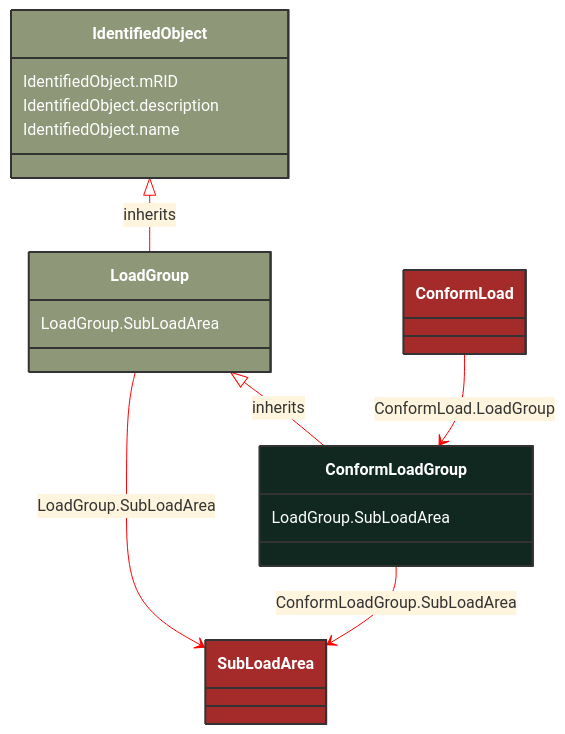
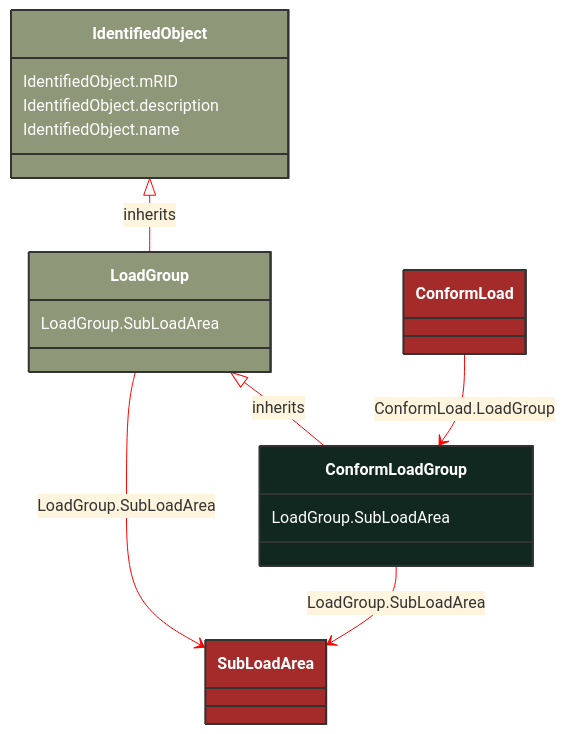
Before and after one commit to 3lbits/NoCIMExtensions: the diagram in docs/Models/Profiles/Telemark-120Equipment/ConcreteClasses/ConformLoadGroup.md, drawn with Mermaid. The commit also changed 248 other files, not shown here.

````diff
--- a/docs/Models/Profiles/Telemark-120Equipment/ConcreteClasses/ConformLoadGroup.md
+++ b/docs/Models/Profiles/Telemark-120Equipment/ConcreteClasses/ConformLoadGroup.md
@@ -8,39 +8,39 @@
 ```mermaid
 %%{init: {'theme':'base','themeVariables': {'lineColor': '#FF0000'}}}%%
 classDiagram
     class ConformLoadGroup
     click ConformLoadGroup href "/Models/Profiles/Telemark-120Equipment/ConcreteClasses/ConformLoadGroup/"
     style ConformLoadGroup fill:#102820,stroke:#333,stroke-width:2px,rx:10,ry:10,color:white
      
         LoadGroup <|-- ConformLoadGroup : inherits
             click LoadGroup href "/Models/Profiles/Telemark-120Equipment/AbstractClasses/LoadGroup/"
             style LoadGroup fill:#8F9779,stroke:#333,stroke-width:2px,rx:10,ry:10,color:white
      
         IdentifiedObject <|-- LoadGroup : inherits
             click IdentifiedObject href "/Models/Profiles/Telemark-120Equipment/AbstractClasses/IdentifiedObject/"
             style IdentifiedObject fill:#8F9779,stroke:#333,stroke-width:2px,rx:10,ry:10,color:white
 
-        ConformLoadGroup --> SubLoadArea : ConformLoadGroup.SubLoadArea
+        ConformLoadGroup --> SubLoadArea : LoadGroup.SubLoadArea
 
         SubLoadArea
             click SubLoadArea href "/Models/Profiles/Telemark-120Equipment/ConcreteClasses/SubLoadArea/"
             style SubLoadArea fill:#A52A2A,stroke:#333,stroke-width:2px,rx:10,ry:10,color:white
         LoadGroup --> SubLoadArea : LoadGroup.SubLoadArea
 
         SubLoadArea
             click SubLoadArea href "/Models/Profiles/Telemark-120Equipment/ConcreteClasses/SubLoadArea/"
             style SubLoadArea fill:#A52A2A,stroke:#333,stroke-width:2px,rx:10,ry:10,color:white
 
         ConformLoad --> ConformLoadGroup : ConformLoad.LoadGroup
 
         ConformLoad
             click ConformLoad href "/Models/Profiles/Telemark-120Equipment/ConcreteClasses/ConformLoad/"
             style ConformLoad fill:#A52A2A,stroke:#333,stroke-width:2px,rx:10,ry:10,color:white
 
 
         ConformLoadGroup : LoadGroup.SubLoadArea
         LoadGroup : LoadGroup.SubLoadArea
         IdentifiedObject : IdentifiedObject.mRID
         IdentifiedObject : IdentifiedObject.description
         IdentifiedObject : IdentifiedObject.name
 ```
````
